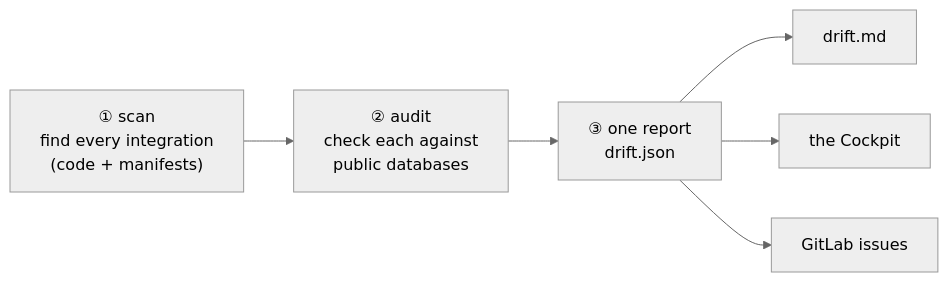
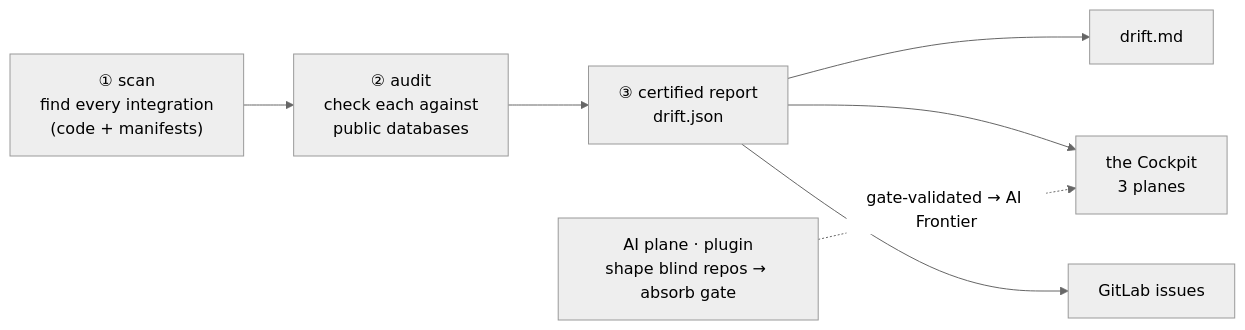
Before and after one commit to laxit-patel/drift-detector: the second of 3 diagrams in README.md, drawn with Mermaid (neutral theme). The commit also changed other lines of this file, not shown here.

First line of the commit message:
docs(readme): reflect the three-plane cockpit + AI Frontier in architecture

````diff
--- a/README.md
+++ b/README.md
@@ -176,8 +177,9 @@
 ```mermaid
 flowchart LR
   SCAN["① scan<br/>find every integration<br/>(code + manifests)"] --> AUDIT["② audit<br/>check each against<br/>public databases"]
-  AUDIT --> REPORT["③ one report<br/>drift.json"]
+  AUDIT --> REPORT["③ certified report<br/>drift.json"]
   REPORT --> MD["drift.md"]
-  REPORT --> DASH["the Cockpit"]
+  REPORT --> DASH["the Cockpit<br/>3 planes"]
   REPORT --> ISS["GitLab issues"]
+  AI["AI plane · plugin<br/>shape blind repos → absorb gate"] -. "gate-validated → AI Frontier" .-> DASH
 ```
````
